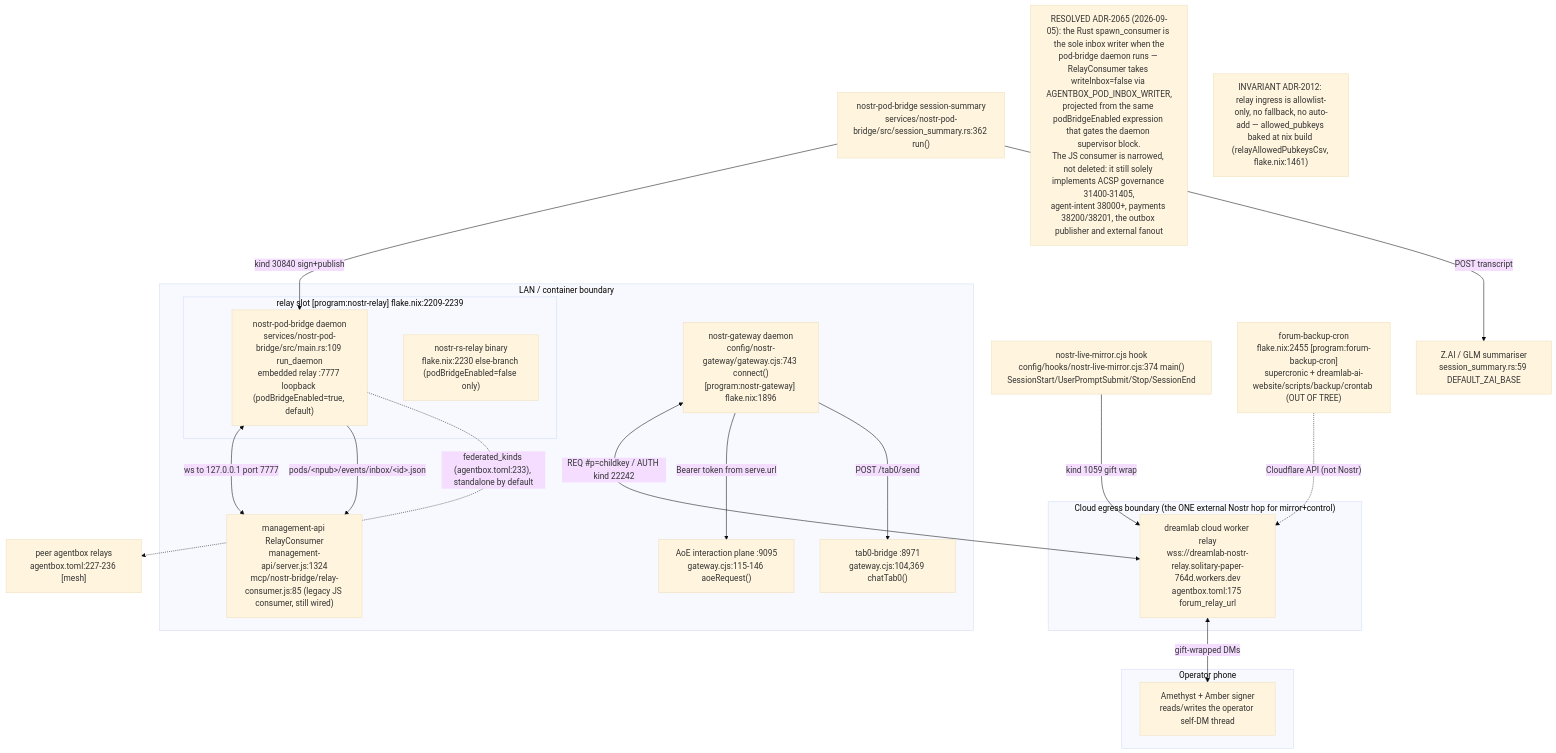
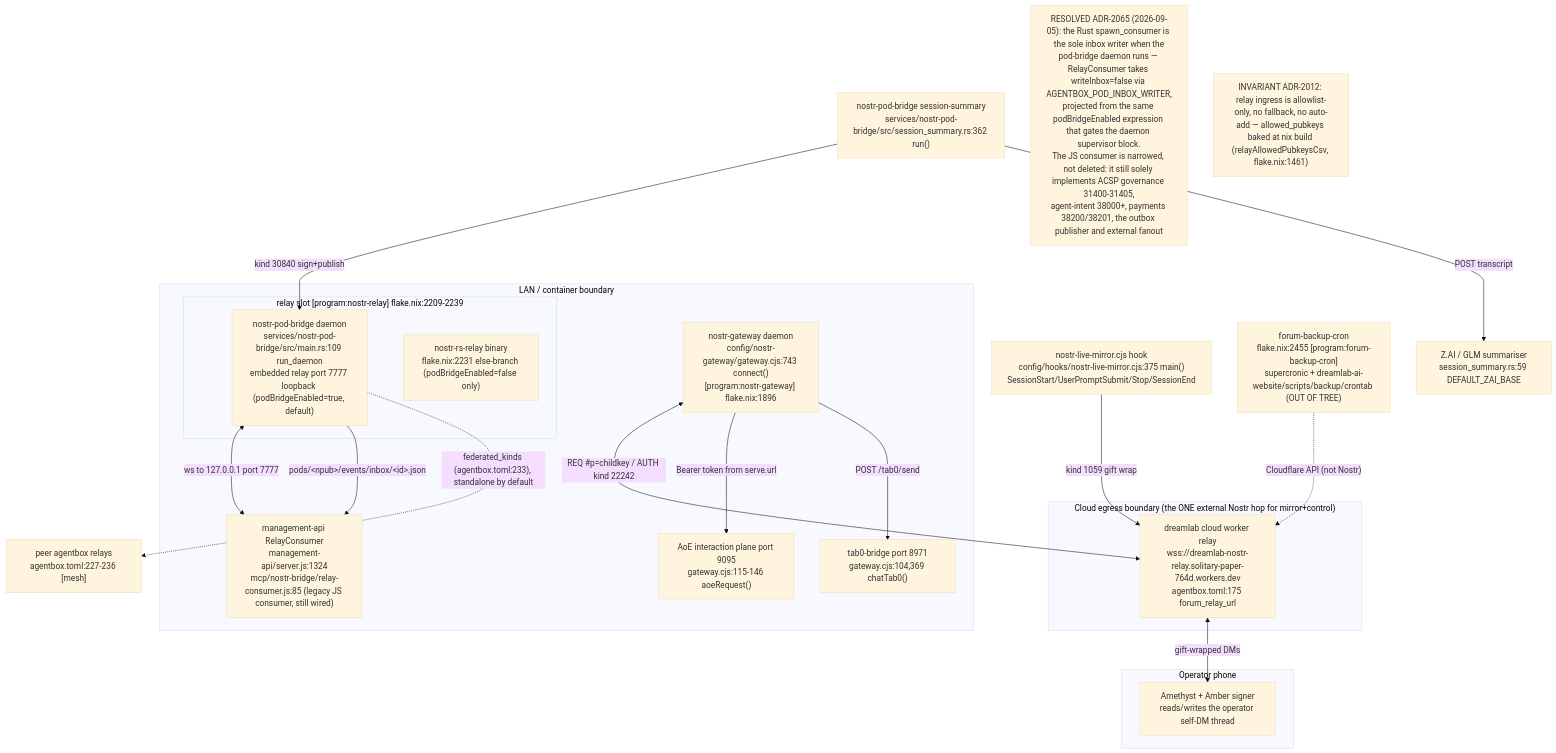
The first of 17 diagrams in docs/diagrams/agentbox/13-nostr-relay-gateway-bridge-mirror.md (DreamLab-AI/VisionFlow), drawn with Mermaid (base theme) before and after one commit. The commit also changed other lines of this file and 7 other files, not shown here.

Commit message:
docs(diagrams): bind closeout security and retrieval flows to source

````diff
--- a/docs/diagrams/agentbox/13-nostr-relay-gateway-bridge-mirror.md
+++ b/docs/diagrams/agentbox/13-nostr-relay-gateway-bridge-mirror.md
@@ -42,39 +42,39 @@
 ```mermaid
 flowchart TB
     subgraph lan["LAN / container boundary"]
         subgraph relayslot["relay slot [program:nostr-relay] flake.nix:2209-2239"]
-            PB["nostr-pod-bridge daemon<br/>services/nostr-pod-bridge/src/main.rs:109 run_daemon<br/>embedded relay :7777 loopback (podBridgeEnabled=true, default)"]
-            RS["nostr-rs-relay binary<br/>flake.nix:2230 else-branch (podBridgeEnabled=false only)"]
+            PB["nostr-pod-bridge daemon<br/>services/nostr-pod-bridge/src/main.rs:109 run_daemon<br/>embedded relay port 7777 loopback (podBridgeEnabled=true, default)"]
+            RS["nostr-rs-relay binary<br/>flake.nix:2231 else-branch (podBridgeEnabled=false only)"]
         end
         GW["nostr-gateway daemon<br/>config/nostr-gateway/gateway.cjs:743 connect()<br/>[program:nostr-gateway] flake.nix:1896"]
         MGMT["management-api RelayConsumer<br/>management-api/server.js:1324<br/>mcp/nostr-bridge/relay-consumer.js:85 (legacy JS consumer, still wired)"]
-        AOE["AoE interaction plane :9095<br/>gateway.cjs:115-146 aoeRequest()"]
-        TAB0["tab0-bridge :8971<br/>gateway.cjs:104,369 chatTab0()"]
+        AOE["AoE interaction plane port 9095<br/>gateway.cjs:115-146 aoeRequest()"]
+        TAB0["tab0-bridge port 8971<br/>gateway.cjs:104,369 chatTab0()"]
     end
     subgraph cloud["Cloud egress boundary (the ONE external Nostr hop for mirror+control)"]
         CLOUD["dreamlab cloud worker relay<br/>wss://dreamlab-nostr-relay.solitary-paper-764d.workers.dev<br/>agentbox.toml:175 forum_relay_url"]
     end
     subgraph phone["Operator phone"]
         AME["Amethyst + Amber signer<br/>reads/writes the operator self-DM thread"]
     end
-    MIRROR["nostr-live-mirror.cjs hook<br/>config/hooks/nostr-live-mirror.cjs:374 main()<br/>SessionStart/UserPromptSubmit/Stop/SessionEnd"]
+    MIRROR["nostr-live-mirror.cjs hook<br/>config/hooks/nostr-live-mirror.cjs:375 main()<br/>SessionStart/UserPromptSubmit/Stop/SessionEnd"]
     DIGEST["nostr-pod-bridge session-summary<br/>services/nostr-pod-bridge/src/session_summary.rs:362 run()"]
     ZAI["Z.AI / GLM summariser<br/>session_summary.rs:59 DEFAULT_ZAI_BASE"]
     FORUM["forum-backup-cron<br/>flake.nix:2455 [program:forum-backup-cron]<br/>supercronic + dreamlab-ai-website/scripts/backup/crontab (OUT OF TREE)"]
     MESH["peer agentbox relays<br/>agentbox.toml:227-236 [mesh]"]
 
     MIRROR -->|"kind 1059 gift wrap"| CLOUD
     GW <-->|"REQ #p=childkey / AUTH kind 22242"| CLOUD
     CLOUD <-->|"gift-wrapped DMs"| AME
     DIGEST -->|"kind 30840 sign+publish"| PB
     DIGEST -->|"POST transcript"| ZAI
     PB <-->|"ws to 127.0.0.1 port 7777"| MGMT
     PB -->|"pods/&lt;npub&gt;/events/inbox/&lt;id&gt;.json"| MGMT
     GW -->|"Bearer token from serve.url"| AOE
     GW -->|"POST /tab0/send"| TAB0
     PB -.->|"federated_kinds (agentbox.toml:233), standalone by default"| MESH
     FORUM -.->|"Cloudflare API (not Nostr)"| CLOUD
 
 N1["RESOLVED ADR-2065 (2026-09-05): the Rust spawn_consumer is the sole inbox writer when the<br/>pod-bridge daemon runs — RelayConsumer takes writeInbox=false via AGENTBOX_POD_INBOX_WRITER,<br/>projected from the same podBridgeEnabled expression that gates the daemon supervisor block.<br/>The JS consumer is narrowed, not deleted: it still solely implements ACSP governance 31400-31405,<br/>agent-intent 38000+, payments 38200/38201, the outbox publisher and external fanout"]
     N2["INVARIANT ADR-2012: relay ingress is allowlist-only, no fallback, no auto-add — allowed_pubkeys baked at nix build (relayAllowedPubkeysCsv, flake.nix:1461)"]
 ```
````
